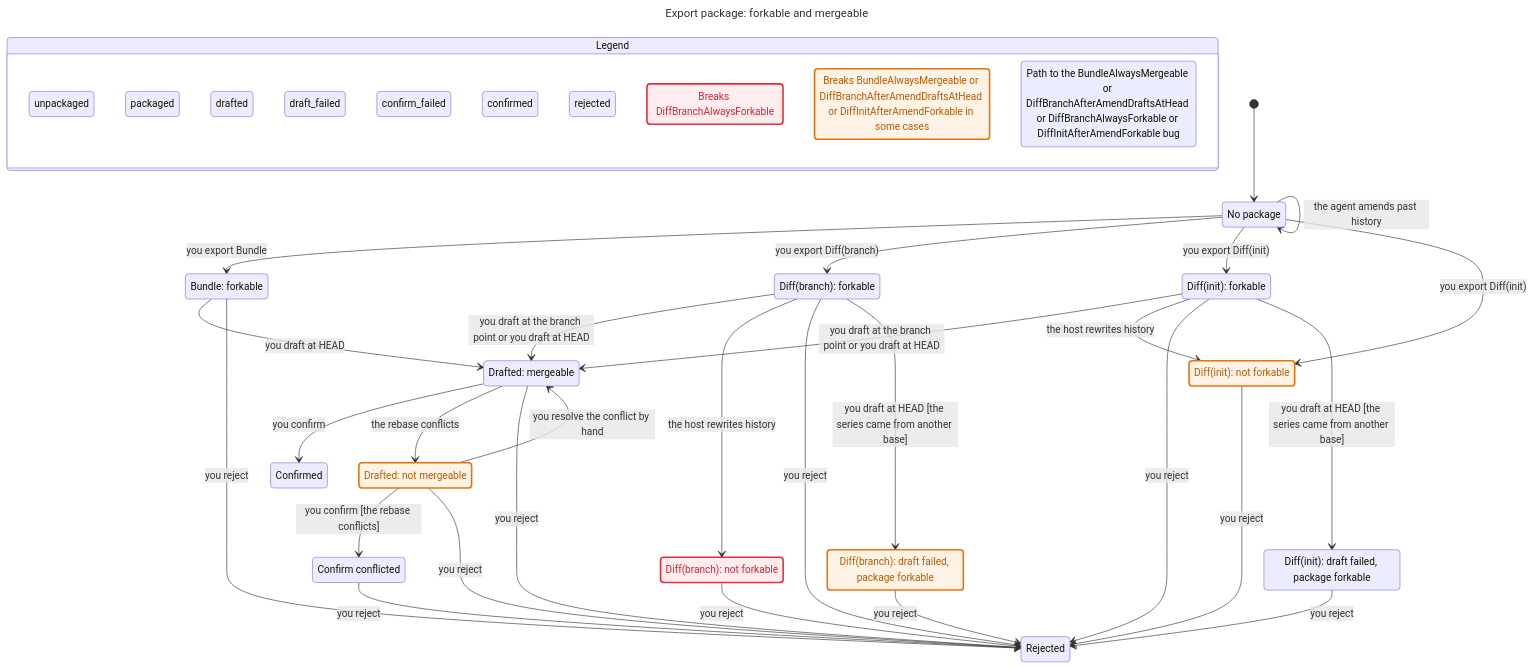
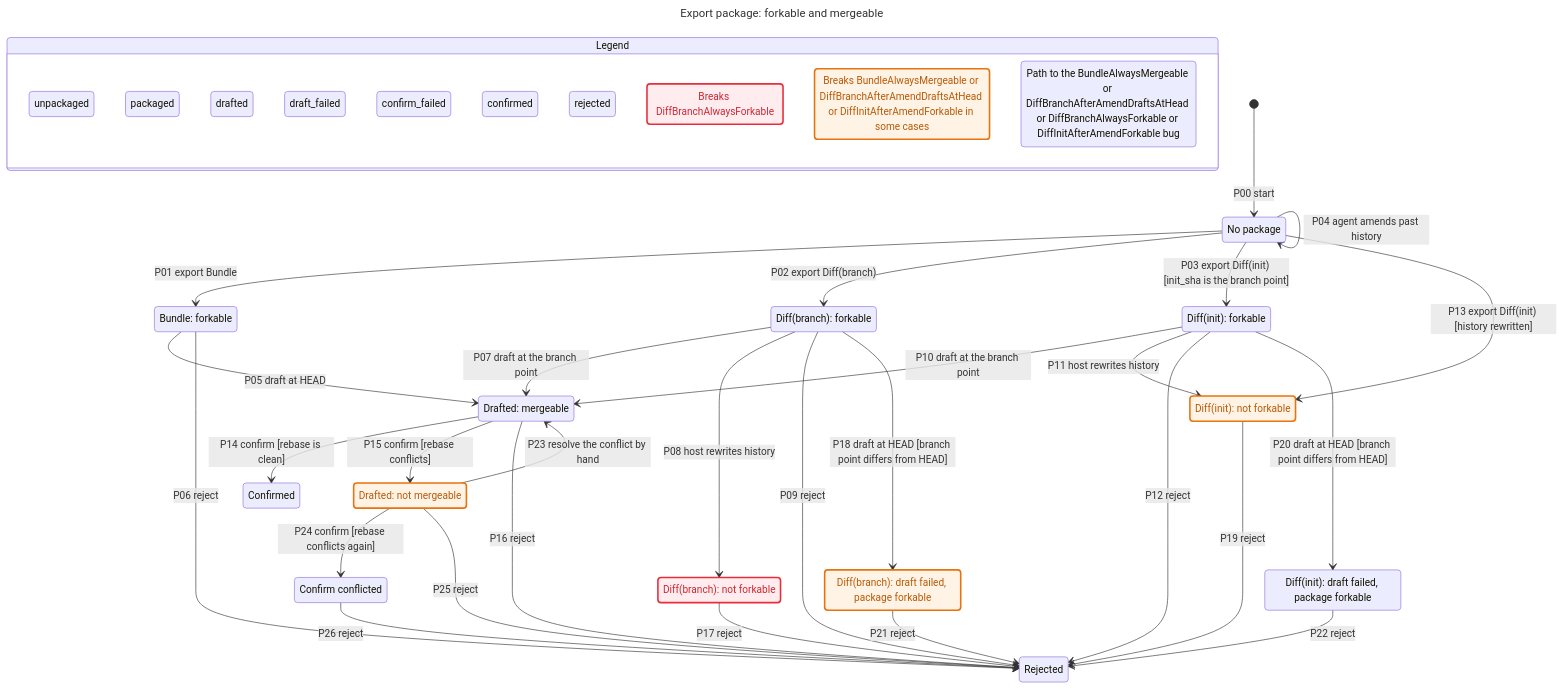
One commit to yaojiethng/agent-sandbox changed the first of 2 diagrams in docs/reference/draft_branch_statechart.md. Above: the diagram before and after it, drawn with Mermaid. The commit also changed other lines of this file and 22 other files, not shown here.

```diff
--- a/docs/reference/draft_branch_statechart.md
+++ b/docs/reference/draft_branch_statechart.md
@@ -57,33 +57,33 @@
   s10: Diff(init): draft failed, package forkable
   s11: Drafted: not mergeable
   s12: Confirm conflicted
-  [*] --> s0
-  s0 --> s1: you export Bundle
-  s0 --> s2: you export Diff(branch)
-  s0 --> s3: you export Diff(init)
-  s0 --> s0: the agent amends past history
-  s1 --> s4: you draft at HEAD
-  s1 --> s7: you reject
-  s2 --> s4: you draft at the branch point or you draft at HEAD
-  s2 --> s5: the host rewrites history
-  s2 --> s7: you reject
-  s3 --> s4: you draft at the branch point or you draft at HEAD
-  s3 --> s6: the host rewrites history
-  s3 --> s7: you reject
-  s0 --> s6: you export Diff(init)
-  s4 --> s8: you confirm
-  s4 --> s11: the rebase conflicts
-  s4 --> s7: you reject
-  s5 --> s7: you reject
-  s2 --> s9: you draft at HEAD [the series came from another base]
-  s6 --> s7: you reject
-  s3 --> s10: you draft at HEAD [the series came from another base]
-  s9 --> s7: you reject
-  s10 --> s7: you reject
-  s11 --> s4: you resolve the conflict by hand
-  s11 --> s12: you confirm [the rebase conflicts]
-  s11 --> s7: you reject
-  s12 --> s7: you reject
+  [*] --> s0: P00 start
+  s0 --> s1: P01 export Bundle
+  s0 --> s2: P02 export Diff(branch)
+  s0 --> s3: P03 export Diff(init) [init_sha is the branch point]
+  s0 --> s0: P04 agent amends past history
+  s1 --> s4: P05 draft at HEAD
+  s1 --> s7: P06 reject
+  s2 --> s4: P07 draft at the branch point
+  s2 --> s5: P08 host rewrites history
+  s2 --> s7: P09 reject
+  s3 --> s4: P10 draft at the branch point
+  s3 --> s6: P11 host rewrites history
+  s3 --> s7: P12 reject
+  s0 --> s6: P13 export Diff(init) [history rewritten]
+  s4 --> s8: P14 confirm [rebase is clean]
+  s4 --> s11: P15 confirm [rebase conflicts]
+  s4 --> s7: P16 reject
+  s5 --> s7: P17 reject
+  s2 --> s9: P18 draft at HEAD [branch point differs from HEAD]
+  s6 --> s7: P19 reject
+  s3 --> s10: P20 draft at HEAD [branch point differs from HEAD]
+  s9 --> s7: P21 reject
+  s10 --> s7: P22 reject
+  s11 --> s4: P23 resolve the conflict by hand
+  s11 --> s12: P24 confirm [rebase conflicts again]
+  s11 --> s7: P25 reject
+  s12 --> s7: P26 reject
   classDef breaks fill:#ffecee,stroke:#e72e3b,stroke-width:2.5px,color:#cd2834
   classDef mayBreak fill:#fff3e6,stroke:#e8730c,stroke-width:2.5px,color:#b85a06
   class s0 tan
```
